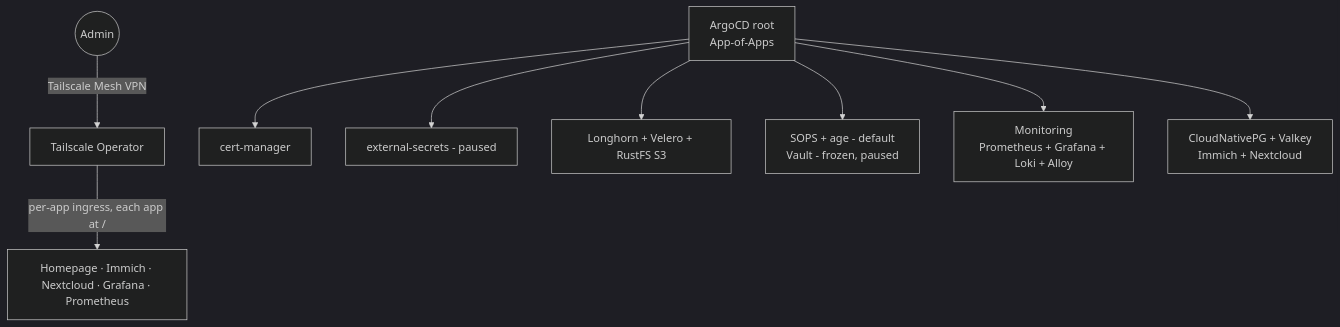
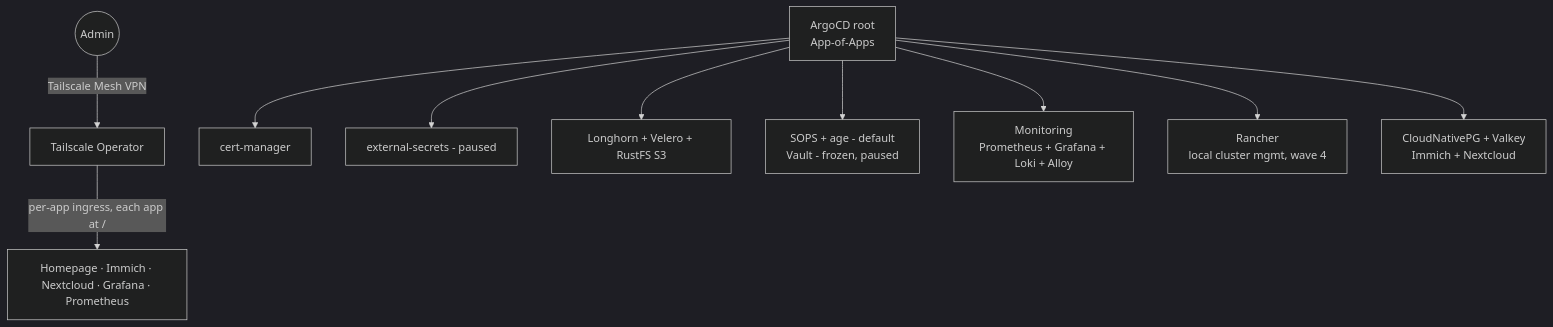
The diagram in README.md (Seom88/gitops-platform), drawn with Mermaid (dark theme) before and after one commit. The commit also changed other lines of this file and 12 other files, not shown here.

Commit message:
feat(rancher): add Rancher management plane for local k3s cluster with Cilium network policies

````diff
--- a/README.md
+++ b/README.md
@@ -51,11 +51,12 @@
 ```mermaid
 graph TD
     Admin((Admin)) -->|Tailscale Mesh VPN| TS[Tailscale Operator]
     TS -->|per-app ingress, each app at /| Apps[Homepage · Immich · Nextcloud · Grafana · Prometheus]
     ROOT[ArgoCD root<br/>App-of-Apps] --> CERT[cert-manager]
     ROOT --> ESO[external-secrets - paused]
     ROOT --> STORAGE[Longhorn + Velero + RustFS S3]
     ROOT --> SECRETS[SOPS + age - default<br/>Vault - frozen, paused]
     ROOT --> OBS[Monitoring<br/>Prometheus + Grafana + Loki + Alloy]
+    ROOT --> RANCHER[Rancher<br/>local cluster mgmt, wave 4]
     ROOT --> DATA[CloudNativePG + Valkey<br/>Immich + Nextcloud]
 ```
````
